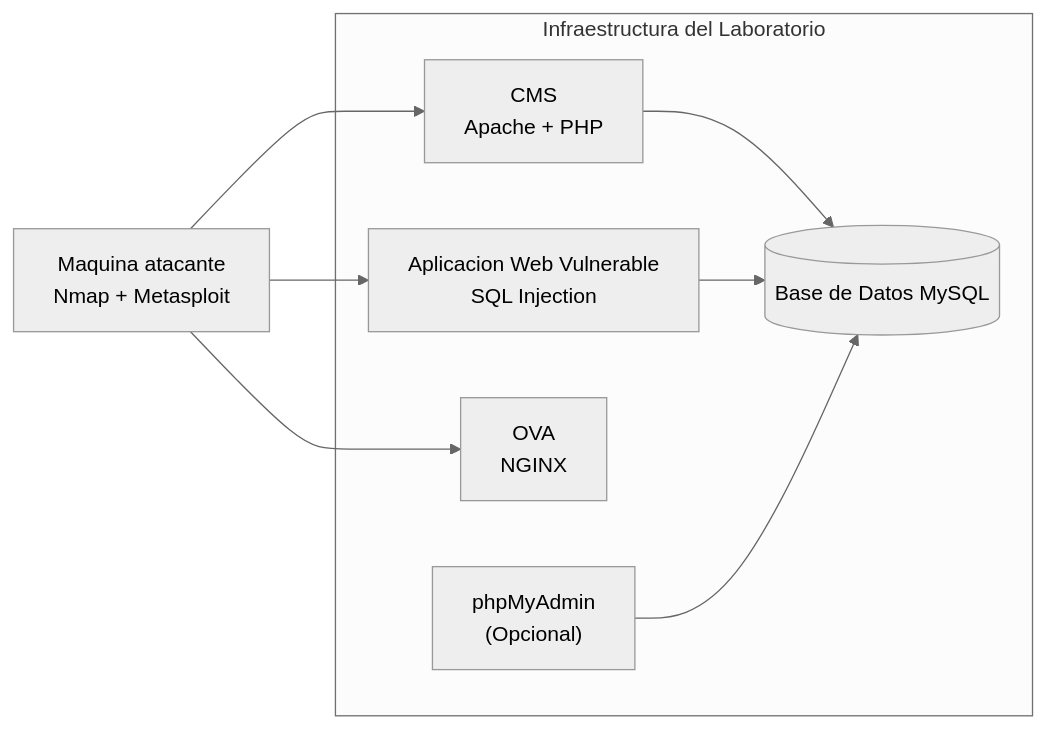
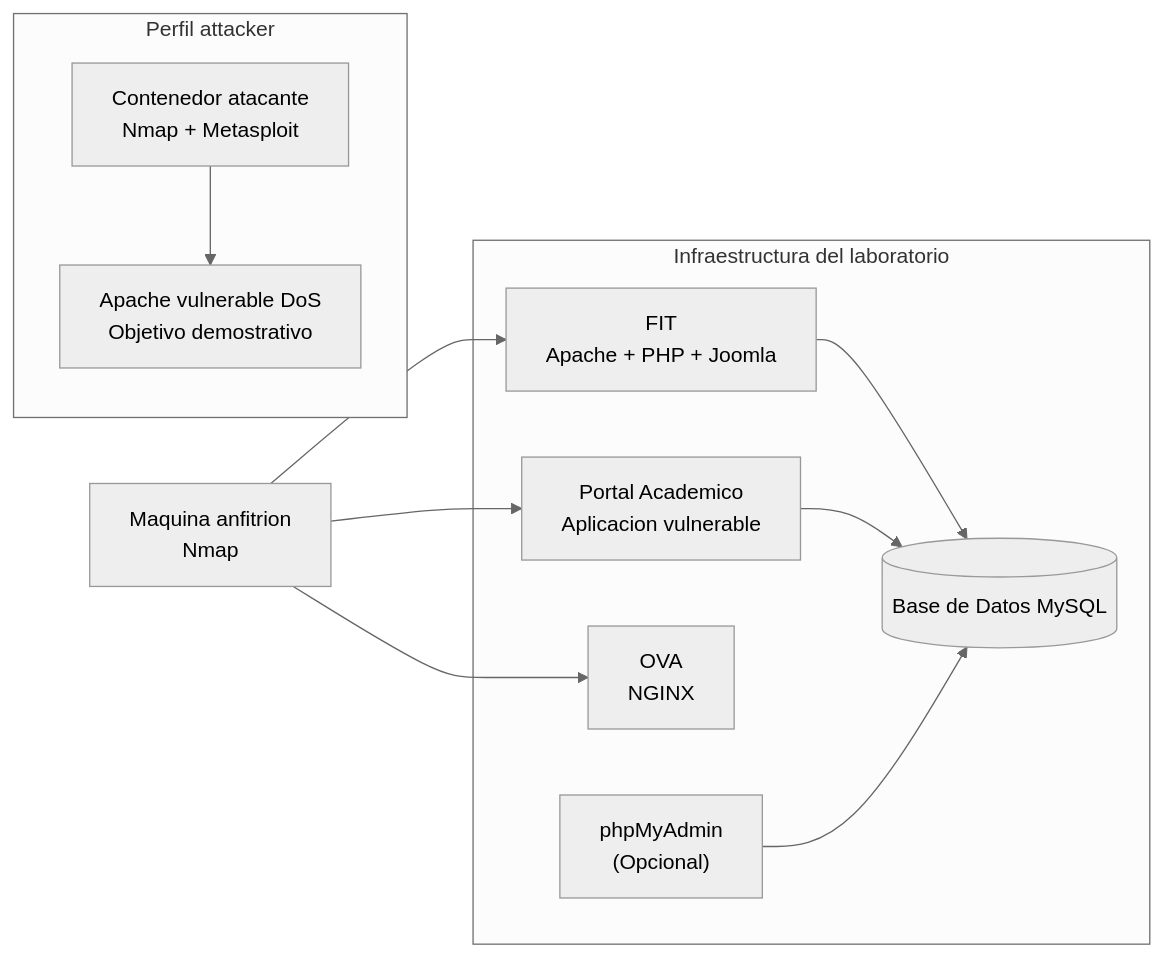
One commit to danfelun/FIT_Lab-CP changed the diagram in README.md. Above: the diagram before and after it, drawn with Mermaid (neutral theme). The commit also changed other lines of this file and 4 other files, not shown here.

````diff
--- a/README.md
+++ b/README.md
@@ -29,20 +24,27 @@
 ```mermaid
 flowchart LR
-    A["Maquina atacante<br/>Nmap + Metasploit"]
+    H["Maquina anfitrion<br/>Nmap"]
 
-    subgraph LAB["Infraestructura del Laboratorio"]
-        B["CMS<br/>Apache + PHP"]
-        C["Aplicacion Web Vulnerable<br/>SQL Injection"]
+    subgraph LAB["Infraestructura del laboratorio"]
+        B["FIT<br/>Apache + PHP + Joomla"]
+        C["Portal Academico<br/>Aplicacion vulnerable"]
         D["OVA<br/>NGINX"]
         E[("Base de Datos MySQL")]
         F["phpMyAdmin<br/>(Opcional)"]
     end
 
-    A --> B
-    A --> C
-    A --> D
+    subgraph ATK["Perfil attacker"]
+        A["Contenedor atacante<br/>Nmap + Metasploit"]
+        G["Apache vulnerable DoS<br/>Objetivo demostrativo"]
+    end
+
+    H --> B
+    H --> C
+    H --> D
+
+    A --> G
 
     B --> E
     C --> E
     F --> E
 ```
````
